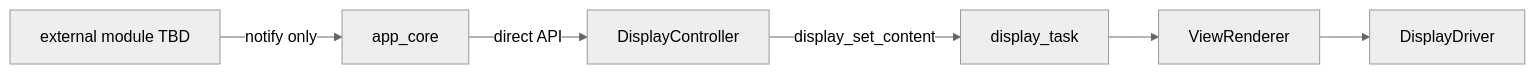
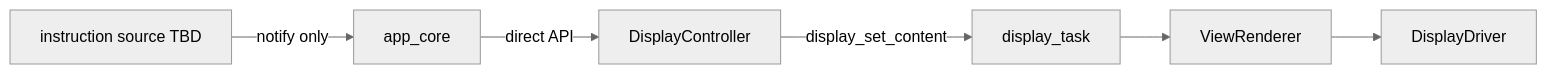
One commit to galopago/misistemhil changed the diagram in b-hil-boards/b06_hil/firmware/docs/display_delivery_contract.md. Above: the diagram before and after it, drawn with Mermaid (neutral theme). The commit also changed other lines of this file and 6 other files, not shown here.

````diff
--- a/b-hil-boards/b06_hil/firmware/docs/display_delivery_contract.md
+++ b/b-hil-boards/b06_hil/firmware/docs/display_delivery_contract.md
@@ -24,8 +50,8 @@
 ```mermaid
 flowchart LR
-    Producer[external module TBD] -->|"notify only"| AppCore[app_core]
+    Producer[instruction source TBD] -->|"notify only"| AppCore[app_core]
     AppCore -->|"direct API"| DisplayController[DisplayController]
     DisplayController -->|"display_set_content"| DisplayTask[display_task]
     DisplayTask --> Renderer[ViewRenderer]
     Renderer --> Driver[DisplayDriver]
 ```
````
